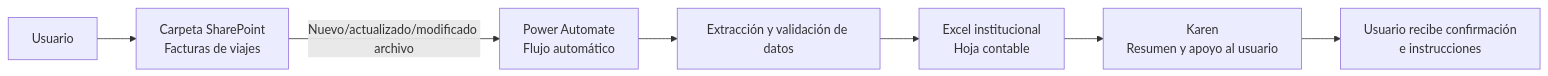
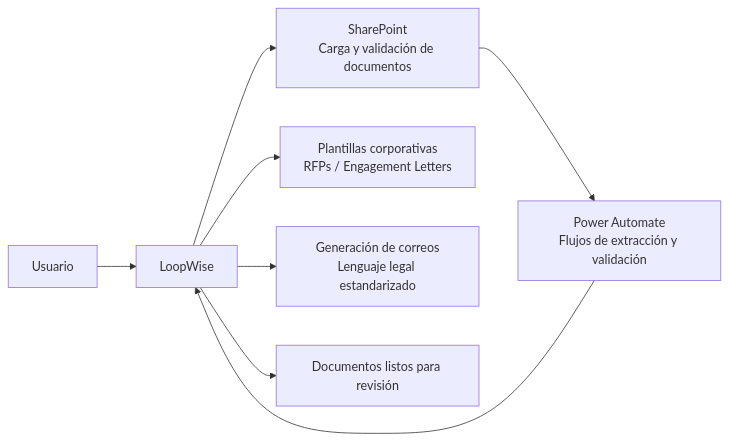
The first of 2 diagrams in README.md (lab-innovacion-caf/Agentes), drawn with Mermaid before and after one commit. The commit also changed other lines of this file, not shown here.

Commit message:
Nuevo Readme

````diff
--- a/README.md
+++ b/README.md
@@ -93,9 +124,10 @@
 ```mermaid
 flowchart LR
-    U[Usuario] --> SP[Carpeta SharePoint<br>Facturas de viajes]
-    SP -->|Nuevo/actualizado/modificado archivo| PA[Power Automate<br>Flujo automático]
-    PA --> X[Extracción y validación de datos]
-    X --> E[Excel institucional<br>Hoja contable]
-    E --> K[Karen<br>Resumen y apoyo al usuario]
-    K --> U2[Usuario recibe confirmación<br>e instrucciones]
+    U[Usuario] --> L[LoopWise]
+    L --> SP[SharePoint<br>Carga y validación de documentos]
+    L --> T[Plantillas corporativas<br>RFPs / Engagement Letters]
+    L --> C[Generación de correos<br>Lenguaje legal estandarizado]
+    SP --> PA[Power Automate<br>Flujos de extracción y validación]
+    PA --> L
+    L --> U2[Documentos listos para revisión]
 ```
````
